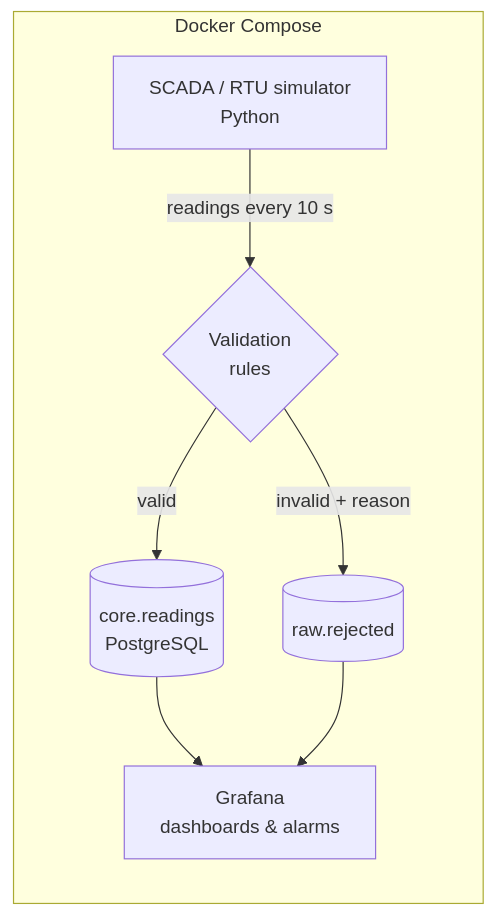
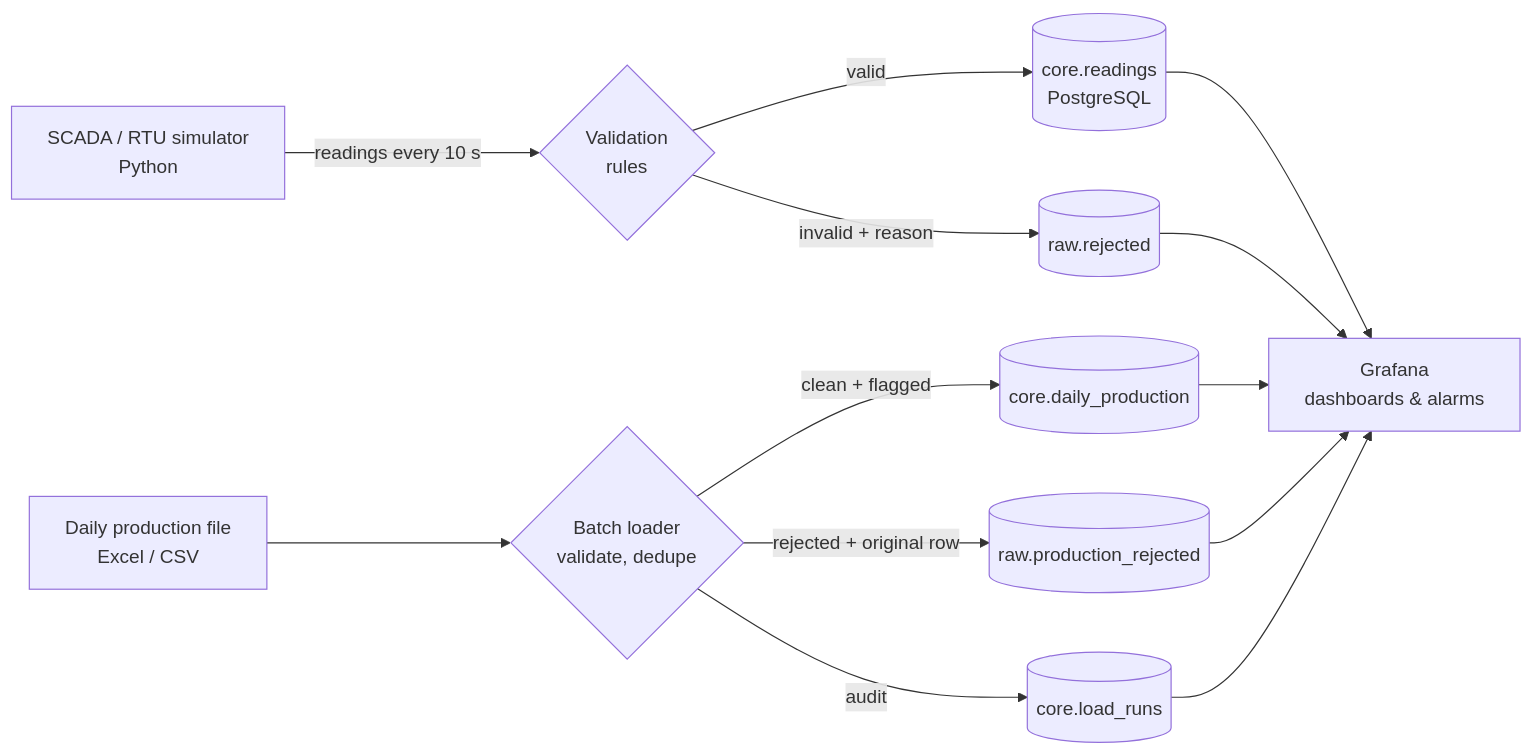
Before and after one commit to Djaafar-ar/well-data-platform: the diagram in README.md, drawn with Mermaid. The commit also changed other lines of this file and 18 other files, not shown here.

Commit message:
M2: batch loader for daily production data, lineage, Field Production dashboard

````diff
--- a/README.md
+++ b/README.md
@@ -16,15 +17,15 @@
 ```mermaid
 flowchart LR
     S[SCADA / RTU simulator<br/>Python] -->|readings every 10 s| V{Validation<br/>rules}
     V -->|valid| R[(core.readings<br/>PostgreSQL)]
     V -->|invalid + reason| X[(raw.rejected)]
     R --> G[Grafana<br/>dashboards & alarms]
     X --> G
-    subgraph Docker Compose
-        S
-        V
-        R
-        X
-        G
-    end
+    F[Daily production file<br/>Excel / CSV] --> L{Batch loader<br/>validate, dedupe}
+    L -->|clean + flagged| P[(core.daily_production)]
+    L -->|rejected + original row| PR[(raw.production_rejected)]
+    L -->|audit| LR[(core.load_runs)]
+    P --> G
+    PR --> G
+    LR --> G
 ```
````
